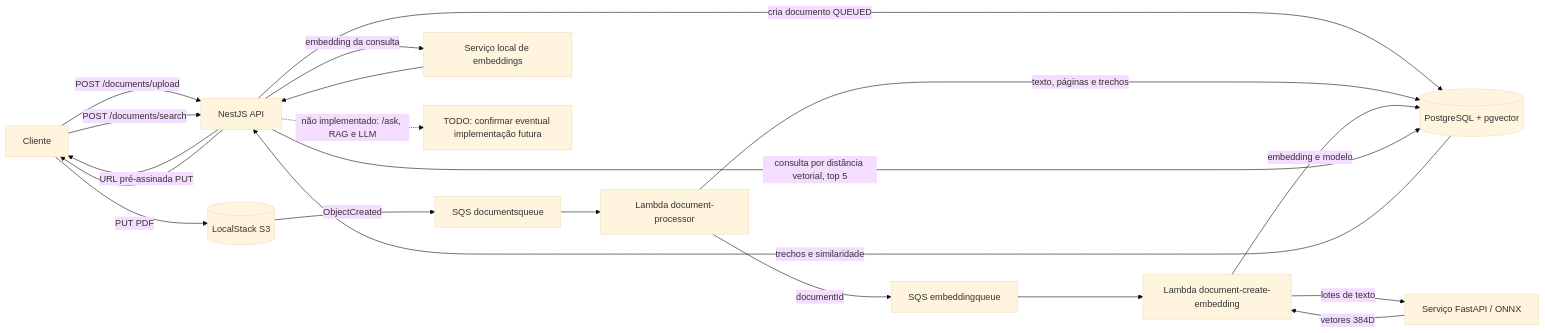
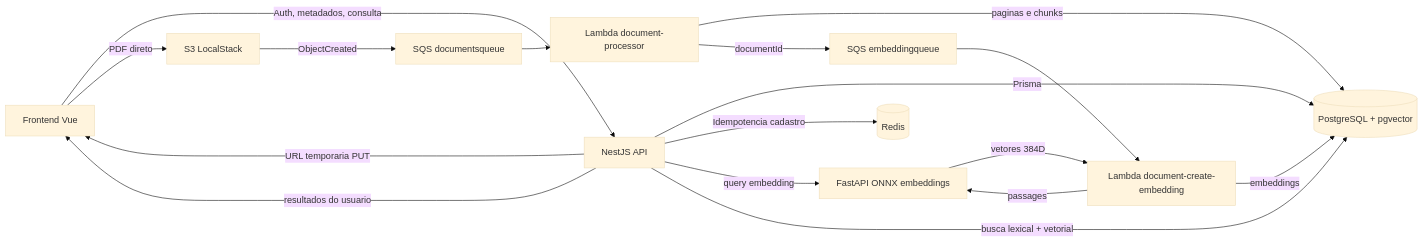
One commit to LucasWar/docFlow changed the diagram in README.md. Above: the diagram before and after it, drawn with Mermaid (base theme). The commit also changed other lines of this file, not shown here.

````diff
--- a/README.md
+++ b/README.md
@@ -51,24 +17,30 @@
 ```mermaid
 flowchart LR
-    C[Cliente] -->|POST /documents/upload| API[NestJS API]
-    API -->|cria documento QUEUED| DB[(PostgreSQL + pgvector)]
-    API -->|URL pré-assinada PUT| C
-    C -->|PUT PDF| S3[(LocalStack S3)]
-    S3 -->|ObjectCreated| Q1[SQS documentsqueue]
-    Q1 --> L1[Lambda document-processor]
-    L1 -->|texto, páginas e trechos| DB
-    L1 -->|documentId| Q2[SQS embeddingqueue]
-    Q2 --> L2[Lambda document-create-embedding]
-    L2 -->|lotes de texto| ES[Serviço FastAPI / ONNX]
+    Browser[Frontend Vue]
+    API[NestJS API]
+    DB[(PostgreSQL + pgvector)]
+    Redis[(Redis)]
+    S3[S3 LocalStack]
+    Q1[SQS documentsqueue]
+    L1[Lambda document-processor]
+    Q2[SQS embeddingqueue]
+    L2[Lambda document-create-embedding]
+    ES[FastAPI ONNX embeddings]
+
+    Browser -->|Auth, metadados, consulta| API
+    API -->|Prisma| DB
+    API -->|Idempotencia cadastro| Redis
+    API -->|URL temporaria PUT| Browser
+    Browser -->|PDF direto| S3
+    S3 -->|ObjectCreated| Q1
+    Q1 --> L1
+    L1 -->|paginas e chunks| DB
+    L1 -->|documentId| Q2
+    Q2 --> L2
+    L2 -->|passages| ES
     ES -->|vetores 384D| L2
-    L2 -->|embedding e modelo| DB
-
-    C -->|POST /documents/search| API
-    API -->|embedding da consulta| ESQ[Serviço local de embeddings]
-    ESQ --> API
-    API -->|consulta por distância vetorial, top 5| DB
-    DB -->|trechos e similaridade| API
-    API --> C
-
-    API -. "não implementado: /ask, RAG e LLM" .-> ASK["TODO: confirmar eventual implementação futura"]
+    L2 -->|embeddings| DB
+    API -->|query embedding| ES
+    API -->|busca lexical + vetorial| DB
+    API -->|resultados do usuario| Browser
 ```
````
